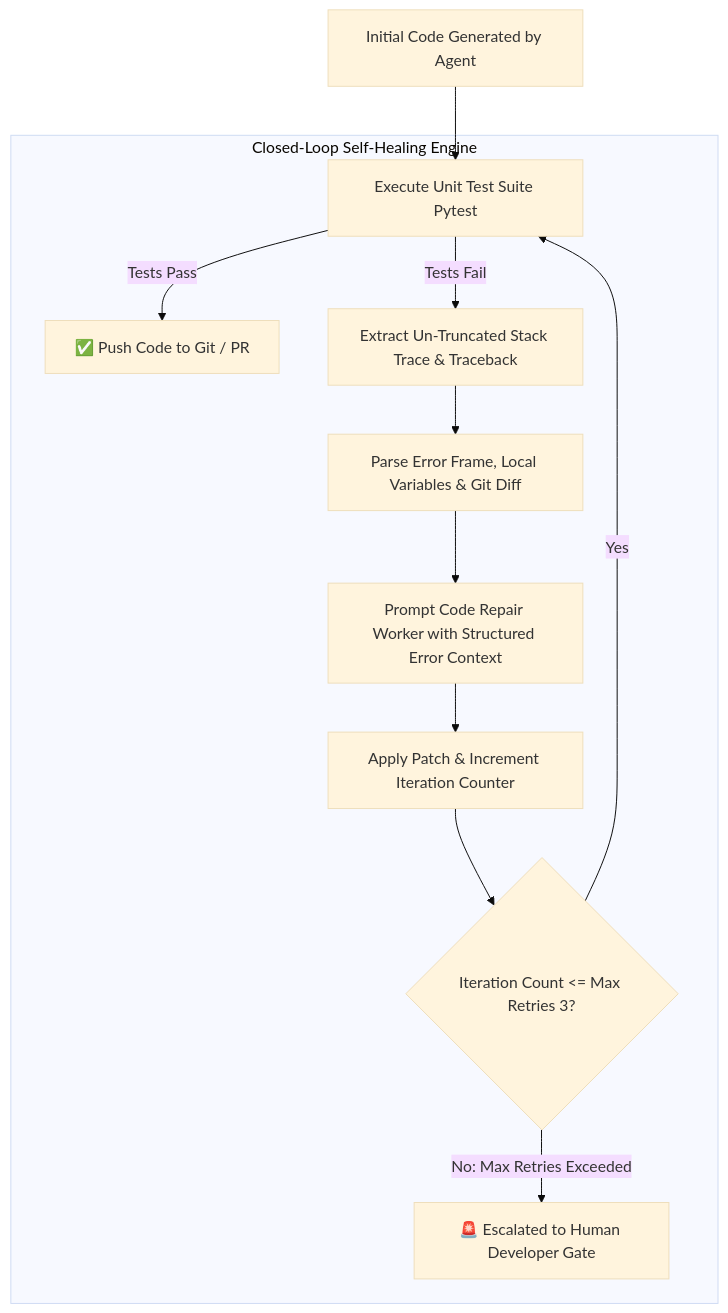
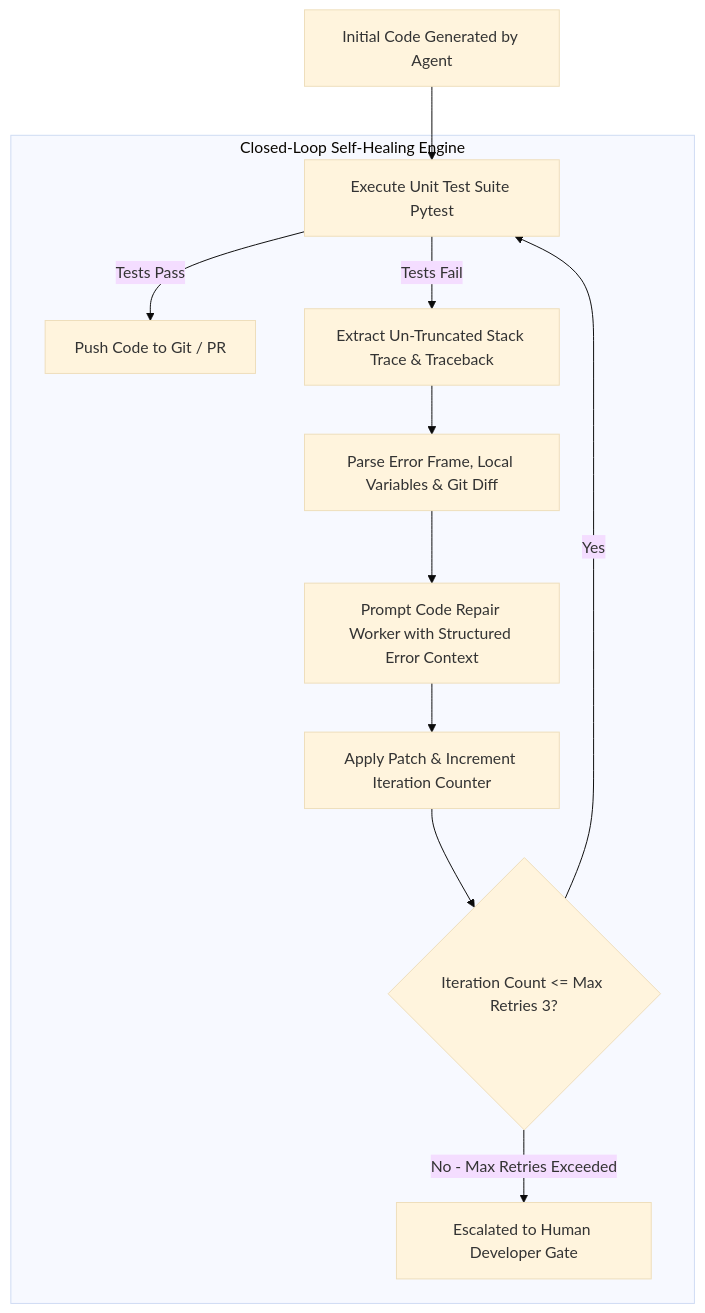
The diagram in blog/posts/self-correction-loops-test-execution-stack-traces-repair-bugs.md (akmalkhaniub/akmalkhaniub.github.io), drawn with Mermaid (base theme) before and after one commit. The commit also changed 411 other files, not shown here.

````diff
--- a/blog/posts/self-correction-loops-test-execution-stack-traces-repair-bugs.md
+++ b/blog/posts/self-correction-loops-test-execution-stack-traces-repair-bugs.md
@@ -19,17 +19,17 @@
 ```mermaid
-graph TD
+flowchart TD
   A[Initial Code Generated by Agent] --> B[Execute Unit Test Suite Pytest]
   
   subgraph SG1_ClosedLoopSelf ["Closed-Loop Self-Healing Engine"]
-    B -->|Tests Pass| C[✅ Push Code to Git / PR]
+    B -->|Tests Pass| C[ Push Code to Git / PR]
     B -->|Tests Fail| D[Extract Un-Truncated Stack Trace & Traceback]
     
     D --> E[Parse Error Frame, Local Variables & Git Diff]
     E --> F[Prompt Code Repair Worker with Structured Error Context]
     F --> G[Apply Patch & Increment Iteration Counter]
     
     G --> H{Iteration Count <= Max Retries 3?}
     H -->|Yes| B
-    H -->|No: Max Retries Exceeded| I[🚨 Escalated to Human Developer Gate]
+    H -->|No - Max Retries Exceeded| I[ Escalated to Human Developer Gate]
   end
 ```
````
